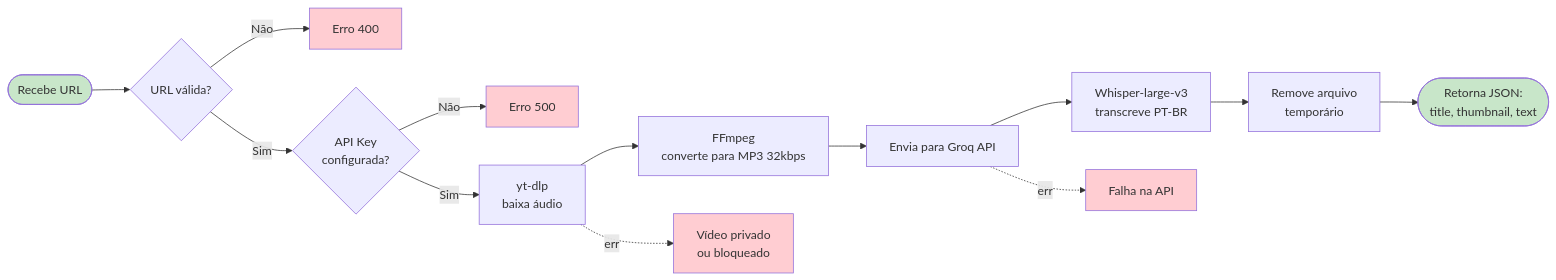
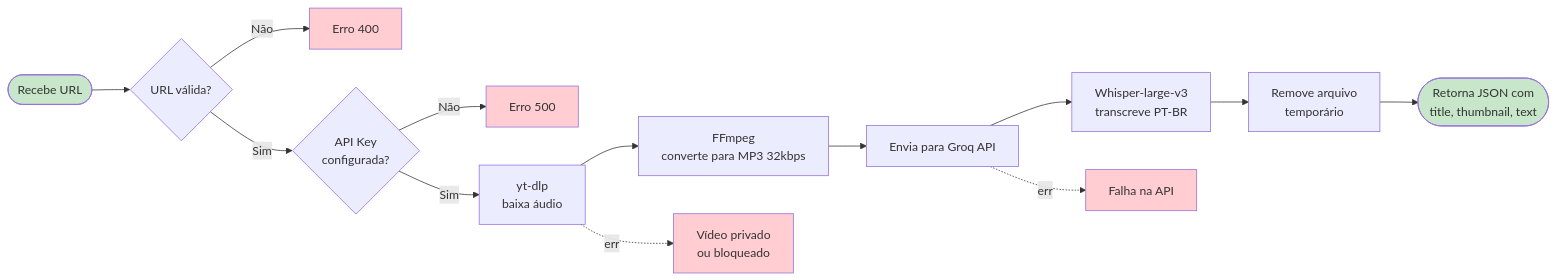
The fifth of 7 diagrams in DIAGRAMA.md (matheussvml/TCC), drawn with Mermaid before and after one commit. The commit also changed other lines of this file, not shown here.

Commit message:
diagrama

````diff
--- a/DIAGRAMA.md
+++ b/DIAGRAMA.md
@@ -149,23 +149,23 @@
 ```mermaid
 flowchart LR
-    Start([Recebe URL]) --> Validate{URL válida?}
-    Validate -->|Não| Err1[Erro 400]
-    Validate -->|Sim| Key{API Key<br/>configurada?}
-    Key -->|Não| Err2[Erro 500]
-    Key -->|Sim| Download[yt-dlp<br/>baixa áudio]
-    Download --> Convert[FFmpeg<br/>converte para MP3 32kbps]
-    Convert --> Send[Envia para Groq API]
-    Send --> Whisper[Whisper-large-v3<br/>transcreve PT-BR]
-    Whisper --> Cleanup[Remove arquivo<br/>temporário]
-    Cleanup --> Response([Retorna JSON:<br/>title, thumbnail, text])
+    Start(["Recebe URL"]) --> Validate{"URL válida?"}
+    Validate -->|Não| Err1["Erro 400"]
+    Validate -->|Sim| Key{"API Key<br/>configurada?"}
+    Key -->|Não| Err2["Erro 500"]
+    Key -->|Sim| Download["yt-dlp<br/>baixa áudio"]
+    Download --> Convert["FFmpeg<br/>converte para MP3 32kbps"]
+    Convert --> Send["Envia para Groq API"]
+    Send --> Whisper["Whisper-large-v3<br/>transcreve PT-BR"]
+    Whisper --> Cleanup["Remove arquivo<br/>temporário"]
+    Cleanup --> Response(["Retorna JSON com<br/>title, thumbnail, text"])
 
-    Download -.erro.-> Err3[Vídeo privado<br/>ou bloqueado]
-    Send -.erro.-> Err4[Falha na API]
+    Download -.erro.-> Err3["Vídeo privado<br/>ou bloqueado"]
+    Send -.erro.-> Err4["Falha na API"]
 
     style Start fill:#c8e6c9
     style Response fill:#c8e6c9
     style Err1 fill:#ffcdd2
     style Err2 fill:#ffcdd2
     style Err3 fill:#ffcdd2
     style Err4 fill:#ffcdd2
 ```
````
